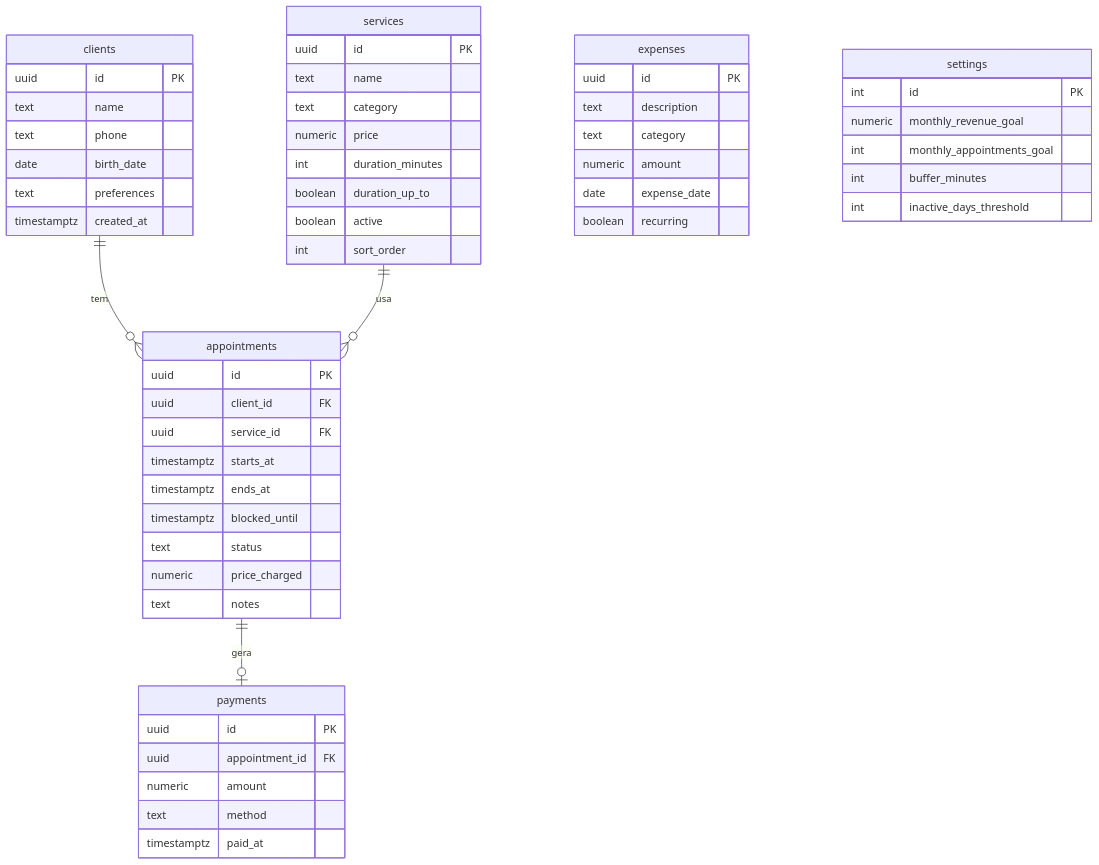
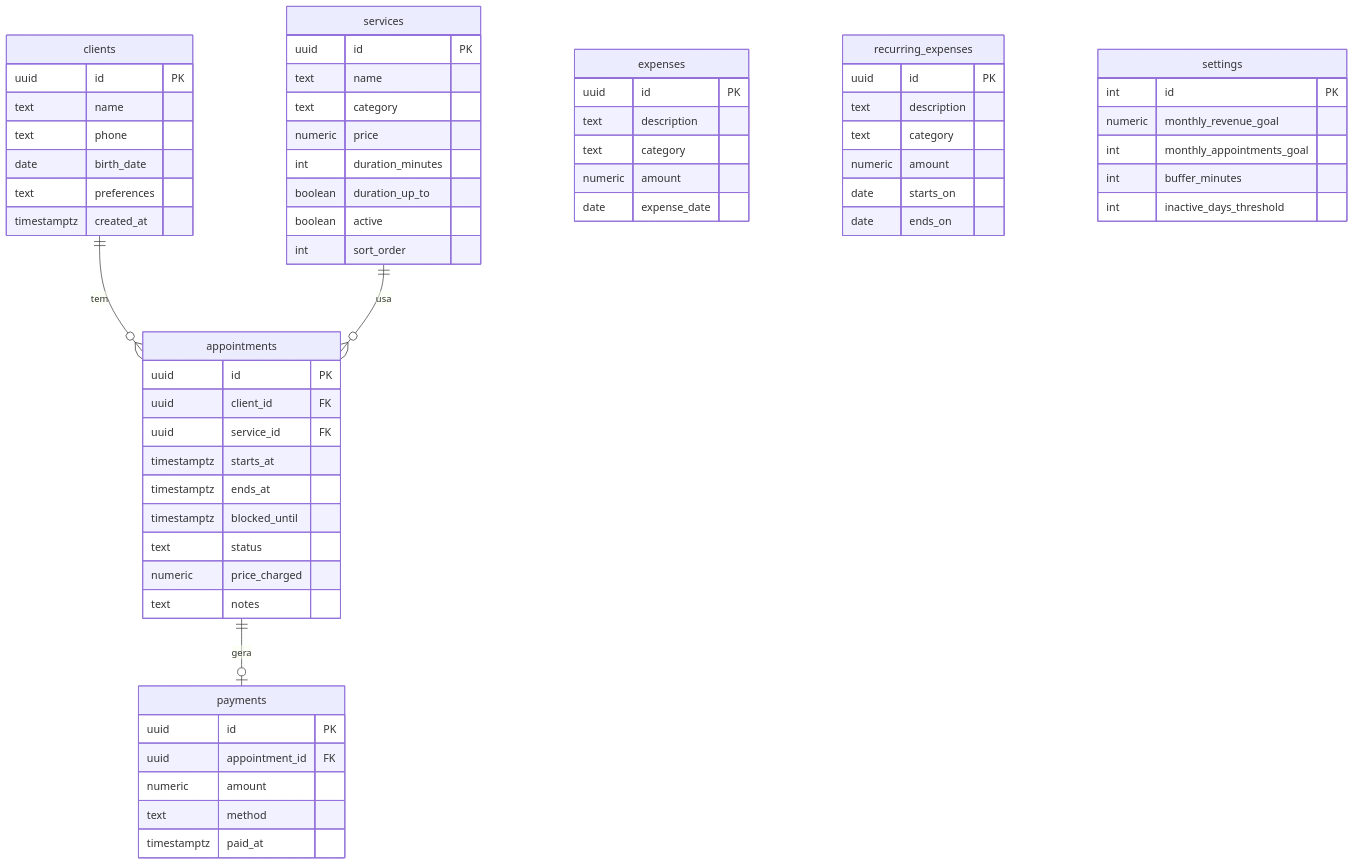
One commit to hygorbatista/Studio-Gabriela-Probst changed the diagram in docs/04-modelo-dados.md. Above: the diagram before and after it, drawn with Mermaid.

Commit message:
docs: diagrama com despesas fixas e avulsas

````diff
--- a/docs/04-modelo-dados.md
+++ b/docs/04-modelo-dados.md
@@ -7,60 +7,68 @@
 ```mermaid
 erDiagram
     clients ||--o{ appointments : tem
     services ||--o{ appointments : usa
     appointments ||--o| payments : gera
     expenses
+    recurring_expenses
     settings
 
     clients {
         uuid id PK
         text name
         text phone
         date birth_date
         text preferences
         timestamptz created_at
     }
     services {
         uuid id PK
         text name
         text category
         numeric price
         int duration_minutes
         boolean duration_up_to
         boolean active
         int sort_order
     }
     appointments {
         uuid id PK
         uuid client_id FK
         uuid service_id FK
         timestamptz starts_at
         timestamptz ends_at
         timestamptz blocked_until
         text status
         numeric price_charged
         text notes
     }
     payments {
         uuid id PK
         uuid appointment_id FK
         numeric amount
         text method
         timestamptz paid_at
     }
     expenses {
         uuid id PK
         text description
         text category
         numeric amount
         date expense_date
-        boolean recurring
+    }
+    recurring_expenses {
+        uuid id PK
+        text description
+        text category
+        numeric amount
+        date starts_on
+        date ends_on
     }
     settings {
         int id PK
         numeric monthly_revenue_goal
         int monthly_appointments_goal
         int buffer_minutes
         int inactive_days_threshold
     }
 ```
````
